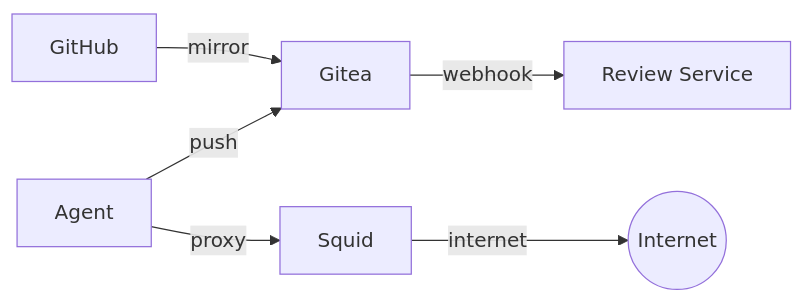
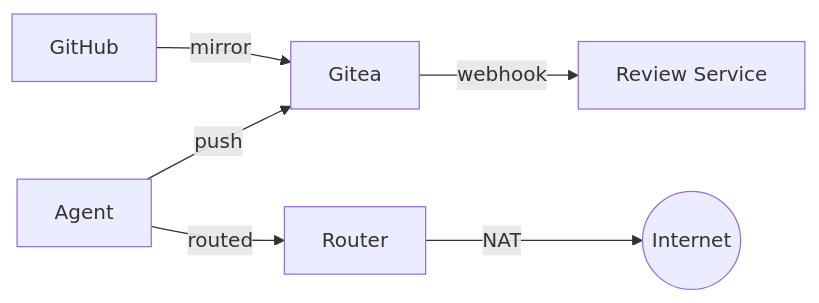
The first of 2 diagrams in README.md (joaopn/agentic-dev-sandbox), drawn with Mermaid before and after one commit. The commit also changed other lines of this file and 12 other files, not shown here.

Commit message:
BREAKING CHANGE: replace squid proxy with NAT router - squid was restrictive and required manual whitelisting for basic functionality (e.g. package install). NAT router is cleaner.

````diff
--- a/README.md
+++ b/README.md
@@ -10,7 +10,7 @@
 ```mermaid
 graph LR
     GitHub -->|mirror| Gitea
     Agent -->|push| Gitea
-    Agent -->|proxy| Squid -->|internet| Web((Internet))
+    Agent -->|routed| Router -->|NAT| Web((Internet))
     Gitea -->|webhook| Review[Review Service]
 ```
````
